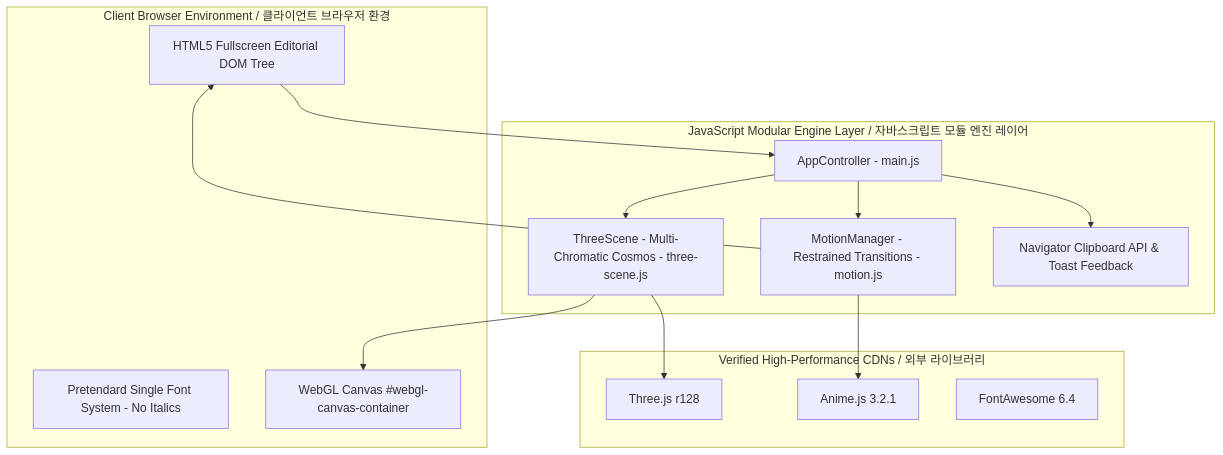
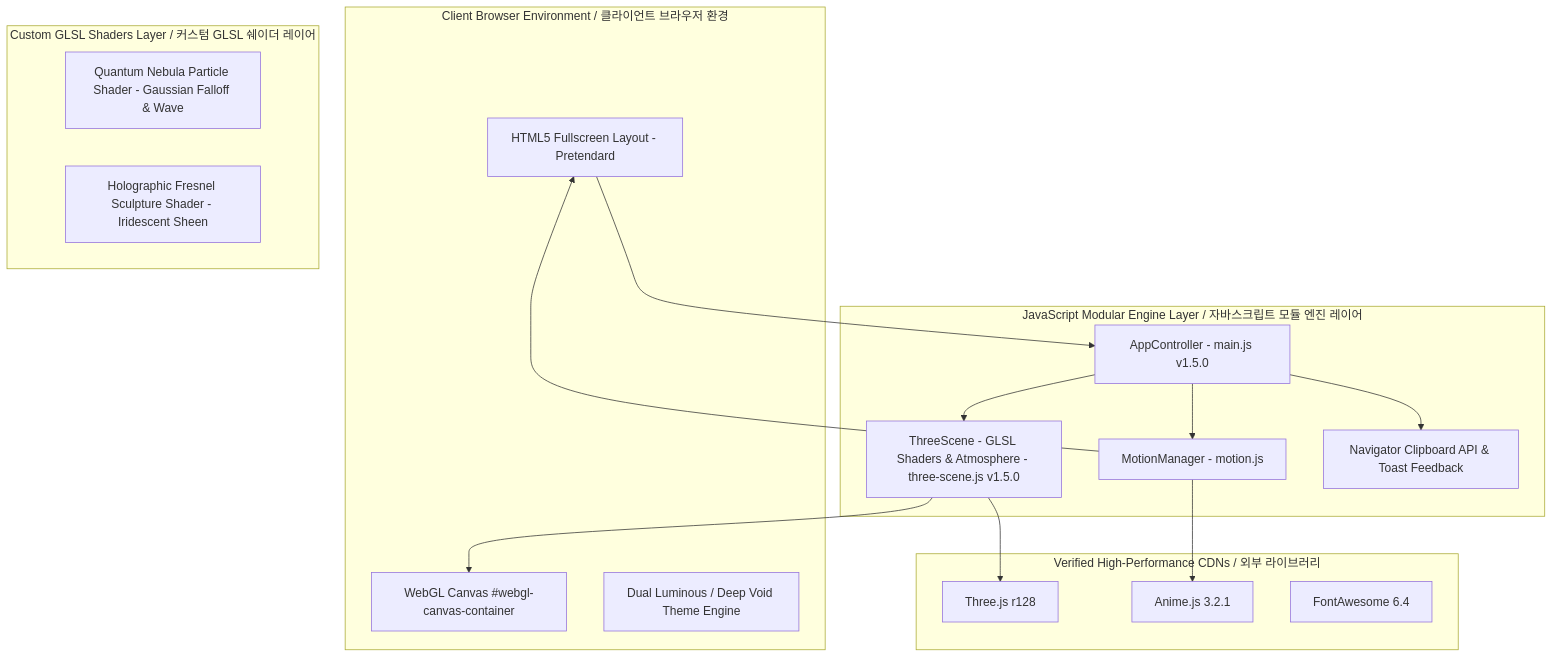
One commit to Studio-Chorok/Studio-Chorok.github.io changed the diagram in STRUCTURE.md. Above: the diagram before and after it, drawn with Mermaid. The commit also changed other lines of this file and 5 other files, not shown here.

````diff
--- a/STRUCTURE.md
+++ b/STRUCTURE.md
@@ -35,32 +35,37 @@
 ```mermaid
 graph TD
     subgraph ClientBrowser [Client Browser Environment / 클라이언트 브라우저 환경]
-        DOM[HTML5 Fullscreen Editorial DOM Tree]
-        PretendardType[Pretendard Single Font System - No Italics]
+        DOM[HTML5 Fullscreen Layout - Pretendard]
         CanvasWebGL[WebGL Canvas #webgl-canvas-container]
+        ThemeLayer[Dual Luminous / Deep Void Theme Engine]
     end
 
     subgraph CoreEngine [JavaScript Modular Engine Layer / 자바스크립트 모듈 엔진 레이어]
-        AppCtrl[AppController - main.js]
-        ThreeEng[ThreeScene - Multi-Chromatic Cosmos - three-scene.js]
-        MotionEng[MotionManager - Restrained Transitions - motion.js]
+        AppCtrl[AppController - main.js v1.5.0]
+        ThreeEng[ThreeScene - GLSL Shaders & Atmosphere - three-scene.js v1.5.0]
+        MotionEng[MotionManager - motion.js]
         Clipboard[Navigator Clipboard API & Toast Feedback]
+    end
+
+    subgraph Shaders [Custom GLSL Shaders Layer / 커스텀 GLSL 쉐이더 레이어]
+        ParticleShader[Quantum Nebula Particle Shader - Gaussian Falloff & Wave]
+        SculptureShader[Holographic Fresnel Sculpture Shader - Iridescent Sheen]
     end
 
     subgraph ExternalLibraries [Verified High-Performance CDNs / 외부 라이브러리]
         ThreeJS[Three.js r128]
         AnimeJS[Anime.js 3.2.1]
         FontAwesome[FontAwesome 6.4]
     end
 
     DOM --> AppCtrl
     AppCtrl --> ThreeEng
     AppCtrl --> MotionEng
     AppCtrl --> Clipboard
     
     ThreeEng --> ThreeJS
     ThreeEng --> CanvasWebGL
     
     MotionEng --> AnimeJS
     MotionEng --> DOM
 ```
````
